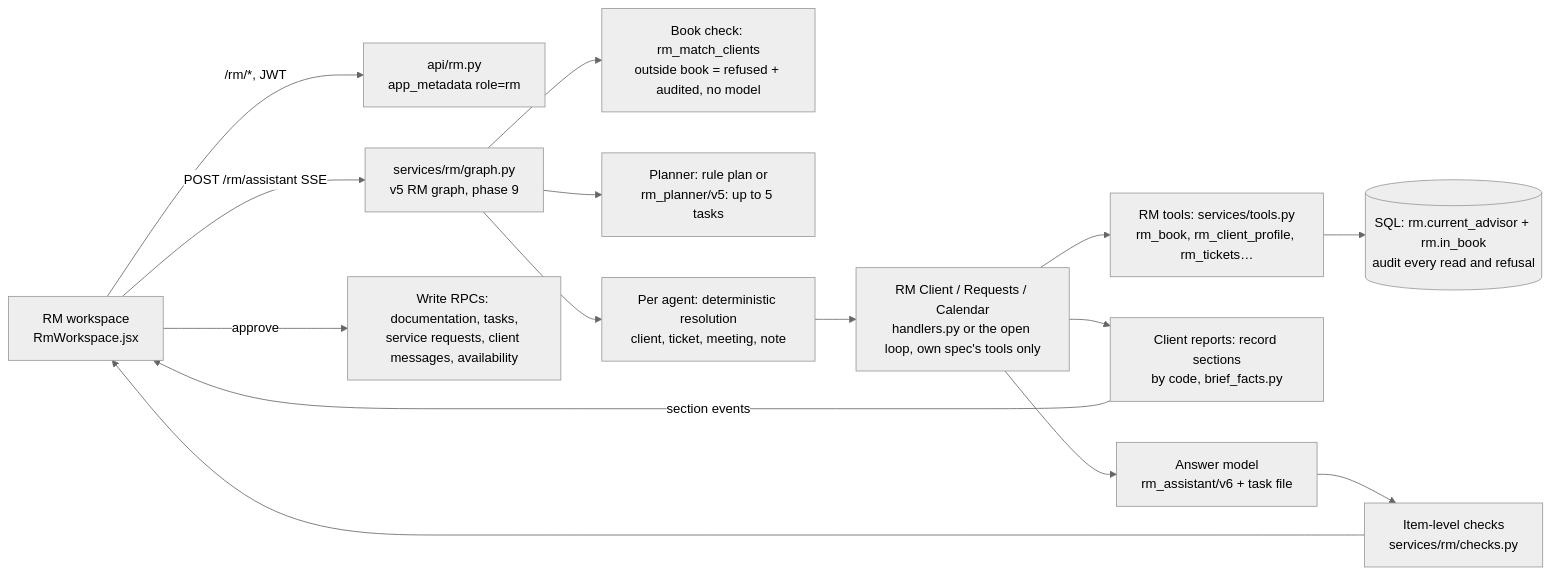
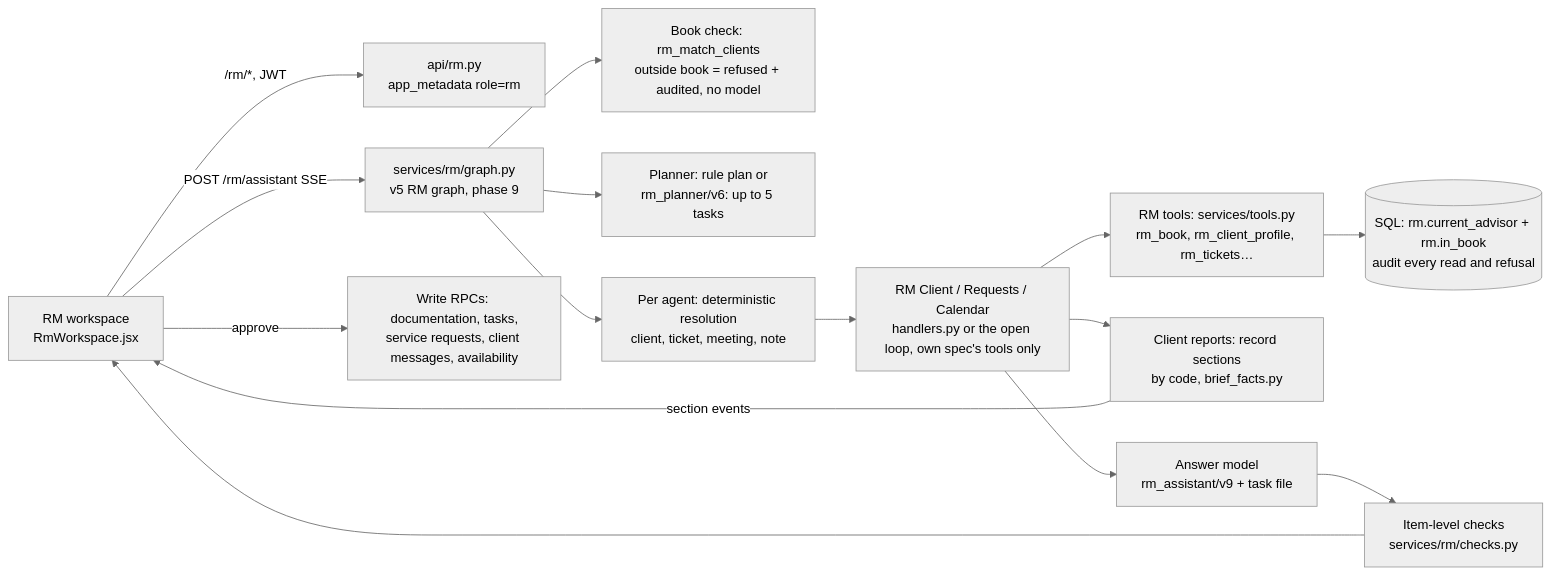
One commit to deniseLie/IS4000_Group7 changed the diagram in docs/workflows/workflow-2-relationship-manager.md. Above: the diagram before and after it, drawn with Mermaid (neutral theme). The commit also changed other lines of this file and 30 other files, not shown here.

````diff
--- a/docs/workflows/workflow-2-relationship-manager.md
+++ b/docs/workflows/workflow-2-relationship-manager.md
@@ -11,17 +11,17 @@
 ```mermaid
 flowchart LR
   UI[RM workspace<br/>RmWorkspace.jsx] -->|/rm/*, JWT| API[api/rm.py<br/>app_metadata role=rm]
   UI -->|POST /rm/assistant SSE| AS[services/rm/graph.py<br/>v5 RM graph, phase 9]
   AS --> BC[Book check: rm_match_clients<br/>outside book = refused + audited, no model]
-  AS --> PL[Planner: rule plan or<br/>rm_planner/v5: up to 5 tasks]
+  AS --> PL[Planner: rule plan or<br/>rm_planner/v6: up to 5 tasks]
   AS --> RS[Per agent: deterministic resolution<br/>client, ticket, meeting, note]
   RS --> AG[RM Client / Requests / Calendar<br/>handlers.py or the open loop, own spec's tools only]
   AG --> TL[RM tools: services/tools.py<br/>rm_book, rm_client_profile, rm_tickets…]
   TL --> DB[(SQL: rm.current_advisor + rm.in_book<br/>audit every read and refusal)]
   AG --> BF[Client reports: record sections<br/>by code, brief_facts.py]
   BF -->|section events| UI
-  AG --> LLM[Answer model<br/>rm_assistant/v6 + task file]
+  AG --> LLM[Answer model<br/>rm_assistant/v9 + task file]
   LLM --> CK[Item-level checks<br/>services/rm/checks.py]
   CK --> UI
   UI -->|approve| W[Write RPCs: documentation, tasks,<br/>service requests, client messages, availability]
 ```
````
